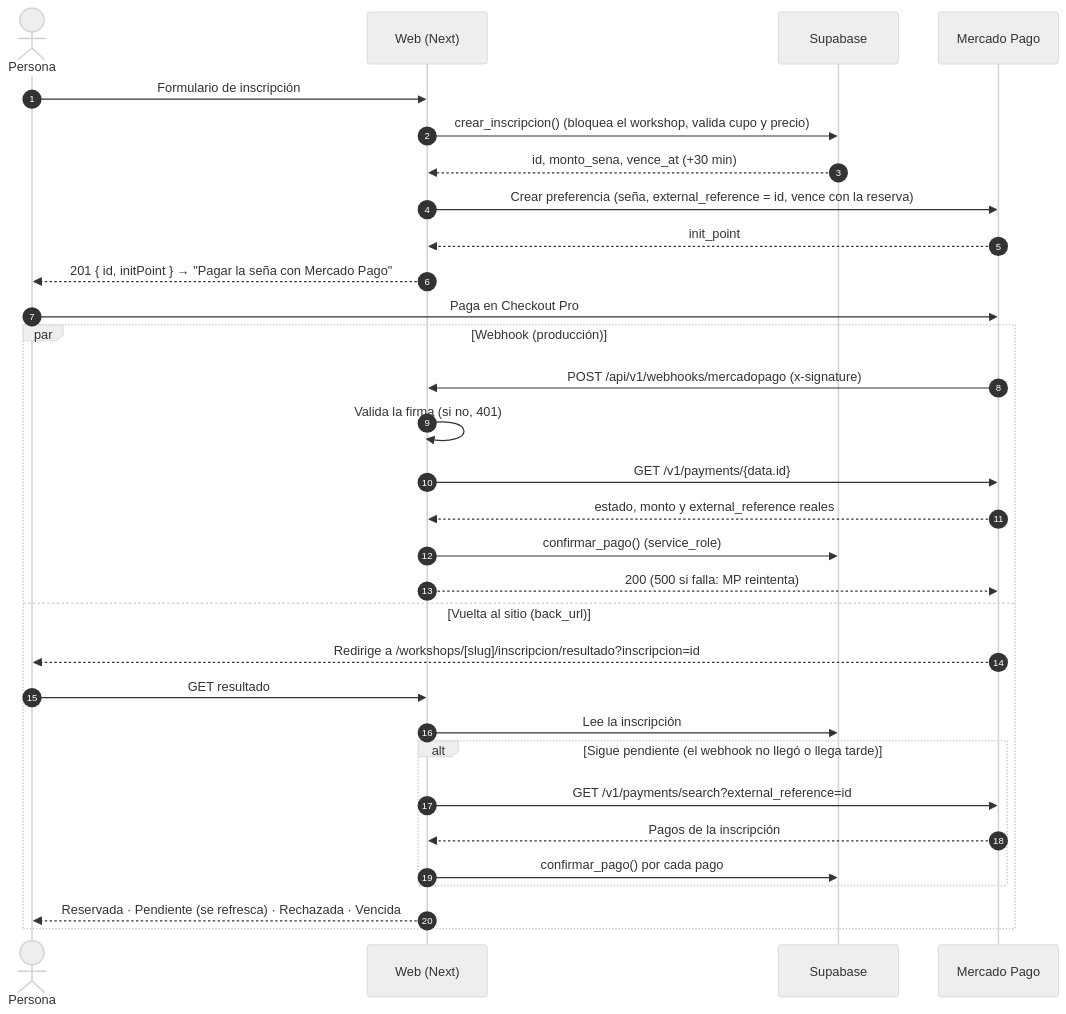
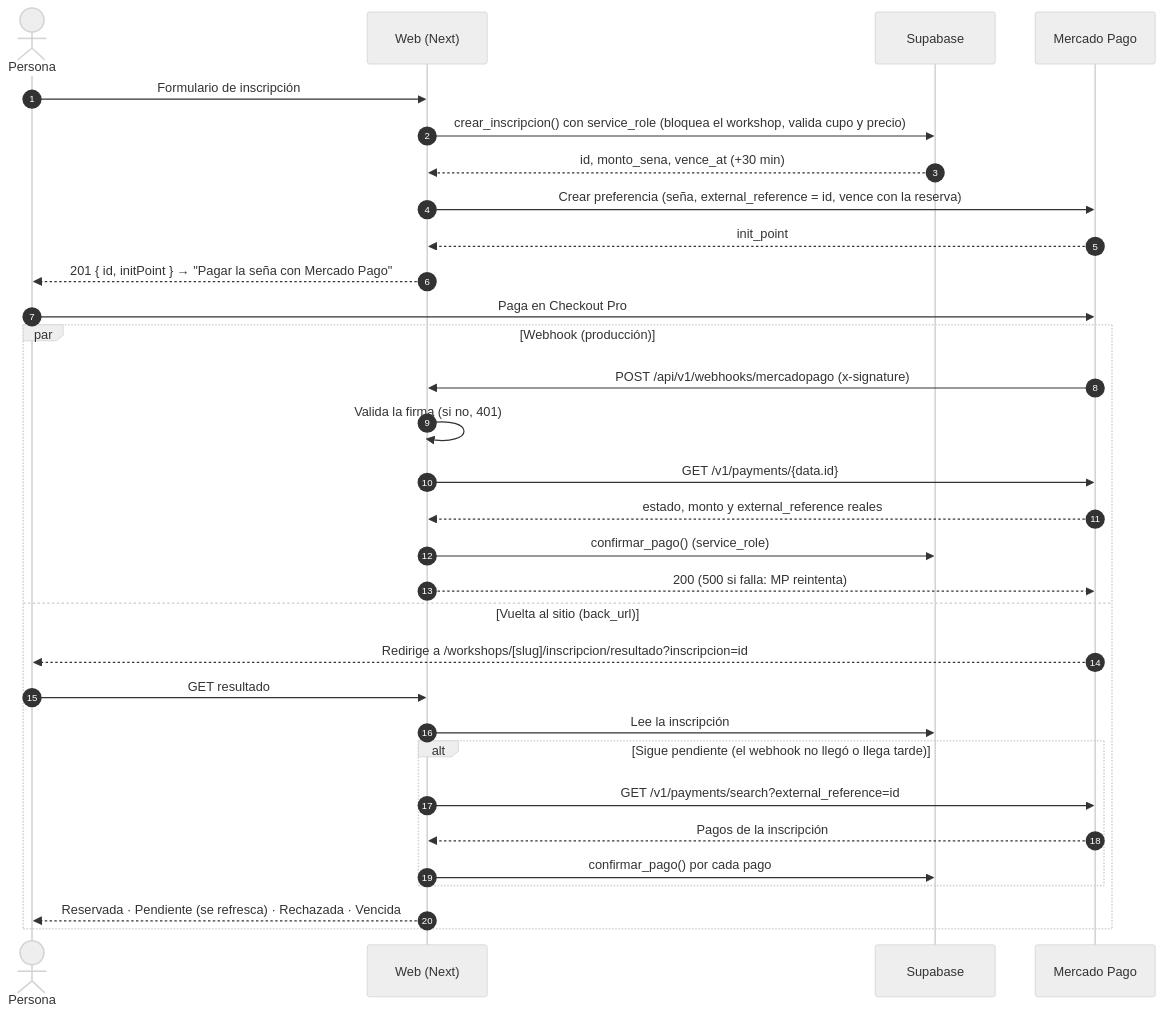
Before and after one commit to trevisancata/home-bakery: the diagram in docs/pagos.md, drawn with Mermaid (neutral theme). The commit also changed other lines of this file and 4 other files, not shown here.

First line of the commit message:
test+docs: crear_inscripcion con la clave publishable da 42501

````diff
--- a/docs/pagos.md
+++ b/docs/pagos.md
@@ -9,35 +9,35 @@
 ```mermaid
 sequenceDiagram
   autonumber
   actor P as Persona
   participant W as Web (Next)
   participant DB as Supabase
   participant MP as Mercado Pago
 
   P->>W: Formulario de inscripción
-  W->>DB: crear_inscripcion() (bloquea el workshop, valida cupo y precio)
+  W->>DB: crear_inscripcion() con service_role (bloquea el workshop, valida cupo y precio)
   DB-->>W: id, monto_sena, vence_at (+30 min)
   W->>MP: Crear preferencia (seña, external_reference = id, vence con la reserva)
   MP-->>W: init_point
   W-->>P: 201 { id, initPoint } → "Pagar la seña con Mercado Pago"
   P->>MP: Paga en Checkout Pro
 
   par Webhook (producción)
     MP->>W: POST /api/v1/webhooks/mercadopago (x-signature)
     W->>W: Valida la firma (si no, 401)
     W->>MP: GET /v1/payments/{data.id}
     MP-->>W: estado, monto y external_reference reales
     W->>DB: confirmar_pago() (service_role)
     W-->>MP: 200 (500 si falla: MP reintenta)
   and Vuelta al sitio (back_url)
     MP-->>P: Redirige a /workshops/[slug]/inscripcion/resultado?inscripcion=id
     P->>W: GET resultado
     W->>DB: Lee la inscripción
     alt Sigue pendiente (el webhook no llegó o llega tarde)
       W->>MP: GET /v1/payments/search?external_reference=id
       MP-->>W: Pagos de la inscripción
       W->>DB: confirmar_pago() por cada pago
     end
     W-->>P: Reservada · Pendiente (se refresca) · Rechazada · Vencida
   end
 ```
````
